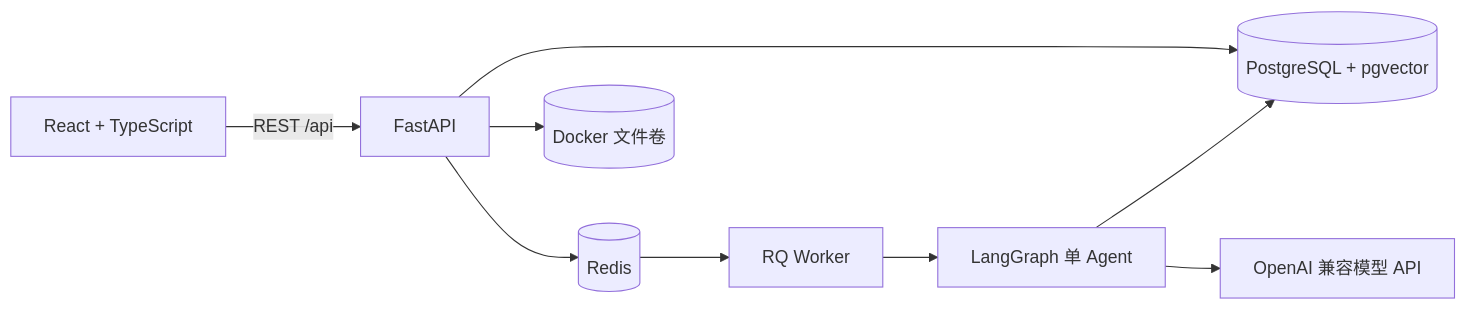
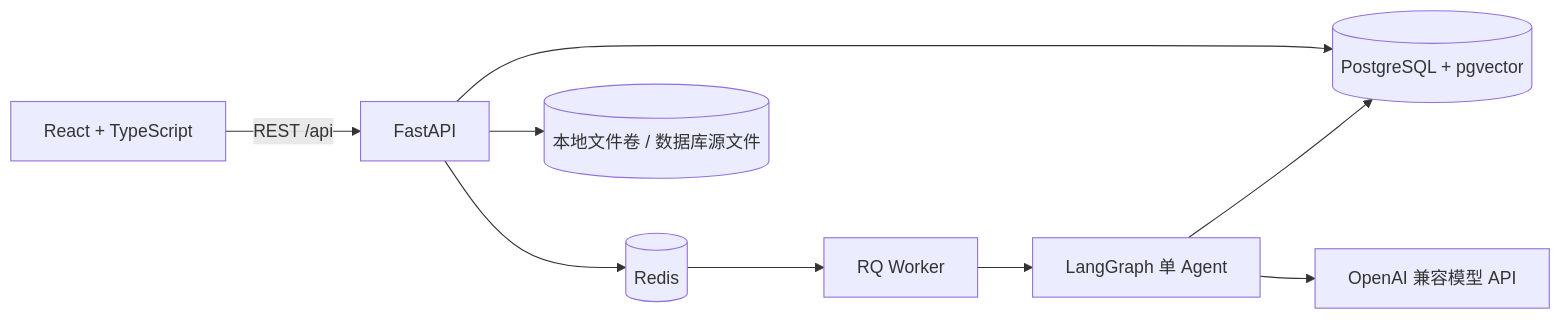
Before and after one commit to jammick/jobpilot: the diagram in README.md, drawn with Mermaid. The commit also changed other lines of this file and 21 other files, not shown here.

````diff
--- a/README.md
+++ b/README.md
@@ -43,11 +43,11 @@
 ```mermaid
 flowchart LR
     Browser[React + TypeScript] -->|REST /api| API[FastAPI]
     API --> DB[(PostgreSQL + pgvector)]
     API --> Queue[(Redis)]
     Queue --> Worker[RQ Worker]
     Worker --> Graph[LangGraph 单 Agent]
     Graph --> DB
     Graph --> Provider[OpenAI 兼容模型 API]
-    API --> Files[(Docker 文件卷)]
+    API --> Files[(本地文件卷 / 数据库源文件)]
 ```
````
